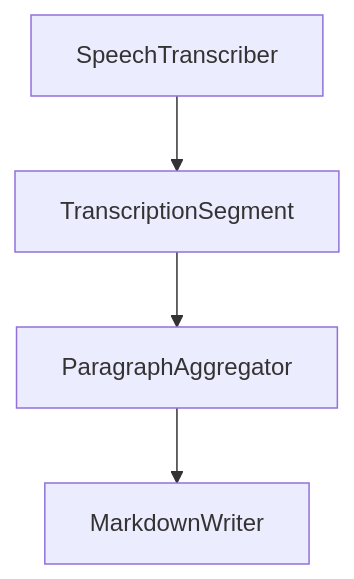
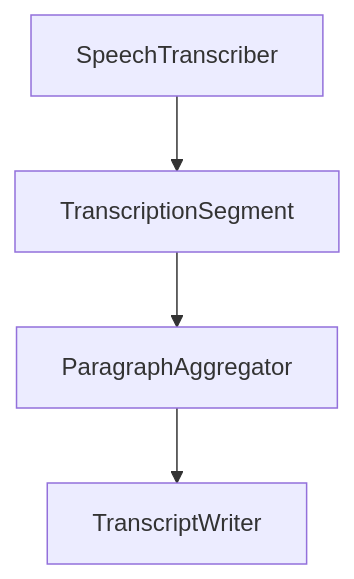
One commit to marcos-gamazo/video-transcriptor changed the second of 3 diagrams in openspec/project.md. Above: the diagram before and after it, drawn with Mermaid. The commit also changed other lines of this file and 4 other files, not shown here.

````diff
--- a/openspec/project.md
+++ b/openspec/project.md
@@ -183,6 +183,6 @@
 ```mermaid
 flowchart TD
     SpeechTranscriber --> TranscriptionSegment
     TranscriptionSegment --> ParagraphAggregator
-    ParagraphAggregator --> MarkdownWriter
+    ParagraphAggregator --> TranscriptWriter
 ```
````
